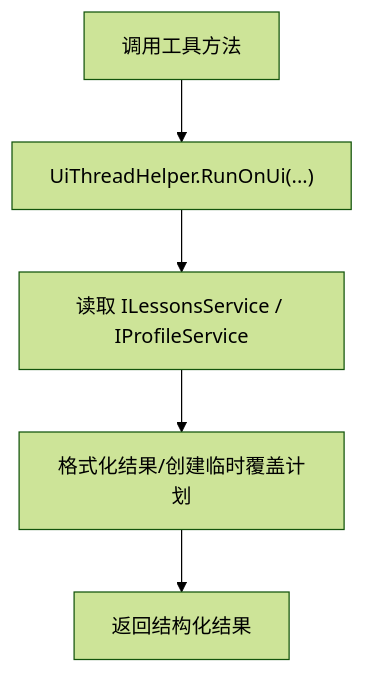
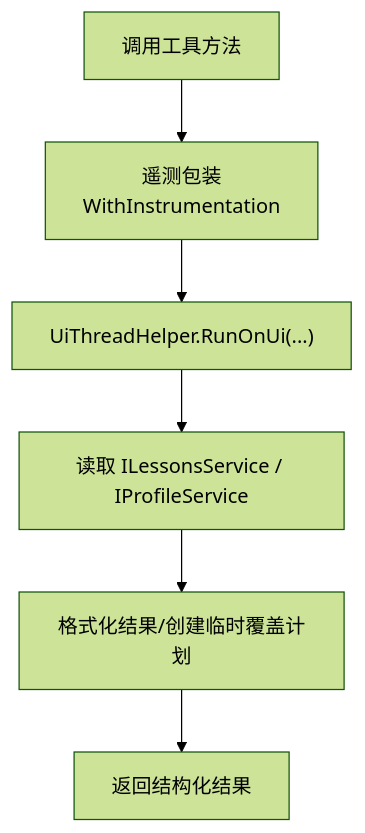
One commit to ShihaoShenDev/AgentIsland changed the seventh of 9 diagrams in .qoder/repowiki/zh/content/架构设计/架构设计.md. Above: the diagram before and after it, drawn with Mermaid (forest theme). The commit also changed other lines of this file and 31 other files, not shown here.

````diff
--- a/.qoder/repowiki/zh/content/架构设计/架构设计.md
+++ b/.qoder/repowiki/zh/content/架构设计/架构设计.md
@@ -350,7 +405,8 @@
 ```mermaid
 flowchart TD
-Call["调用工具方法"] --> Thread["UiThreadHelper.RunOnUi(...)"]
+Call["调用工具方法"] --> Telemetry["遥测包装<br/>WithInstrumentation"]
+Telemetry --> Thread["UiThreadHelper.RunOnUi(...)"]
 Thread --> Read["读取 ILessonsService / IProfileService"]
 Read --> Transform["格式化结果/创建临时覆盖计划"]
 Transform --> Return["返回结构化结果"]
 ```
````
